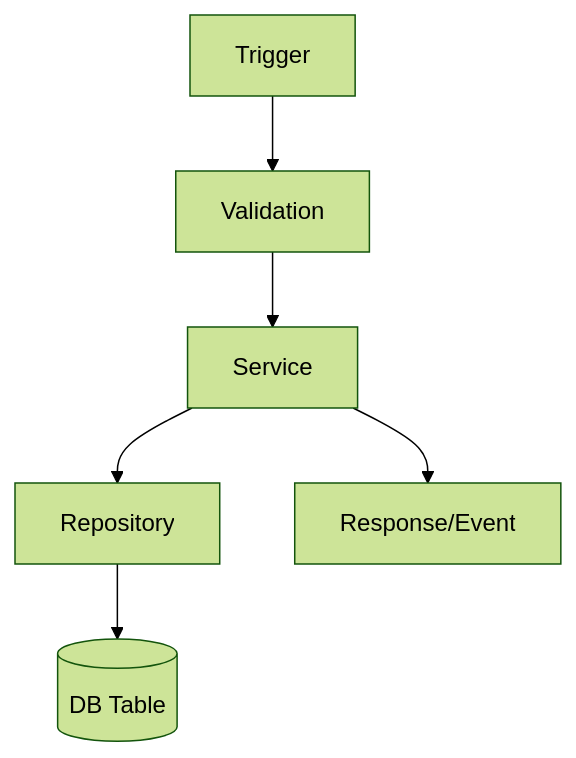
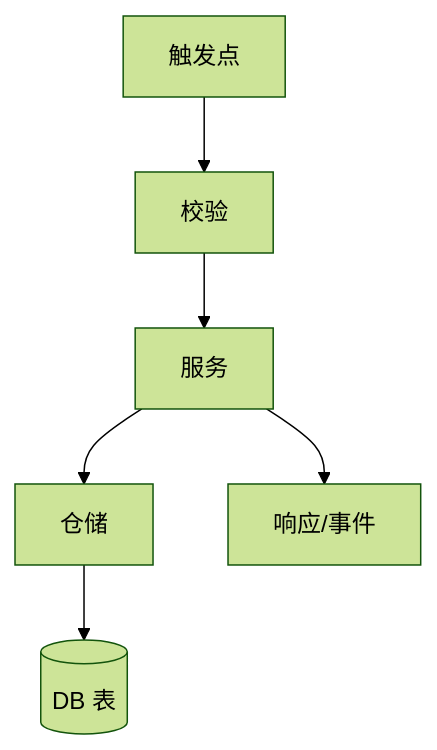
The second of 2 diagrams in templates/global-map-template.md (WangXianan456/repo-global-map), drawn with Mermaid (forest theme) before and after one commit. The commit also changed other lines of this file and 16 other files, not shown here.

````diff
--- a/templates/global-map-template.md
+++ b/templates/global-map-template.md
@@ -46,8 +46,8 @@
 ```mermaid
 flowchart TD
-A[Trigger] --> B[Validation]
-B --> C[Service]
-C --> D[Repository]
-D --> E[(DB Table)]
-C --> F[Response/Event]
+A[触发点] --> B[校验]
+B --> C[服务]
+C --> D[仓储]
+D --> E[(DB 表)]
+C --> F[响应/事件]
 ```
````
